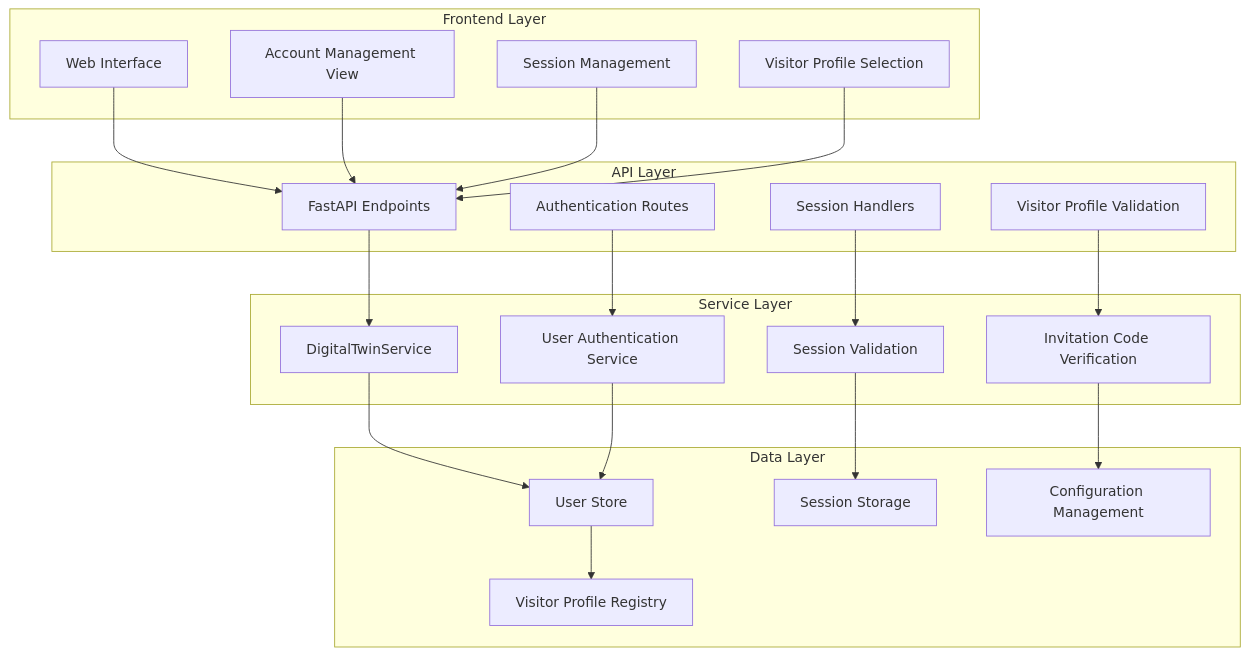
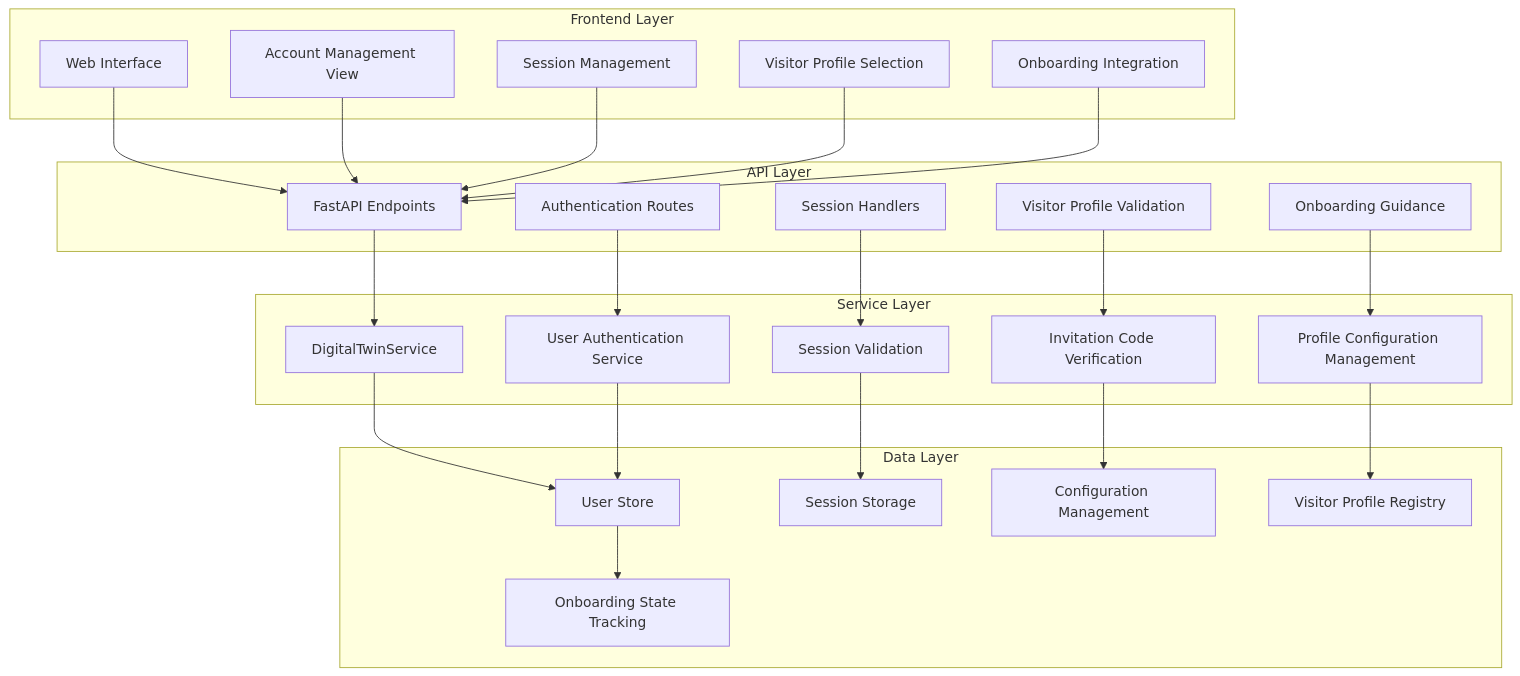
One commit to intellistream/sage-mate changed the first of 12 diagrams in .qoder/repowiki/en/content/Core Components/Integrated Account Management View.md. Above: the diagram before and after it, drawn with Mermaid. The commit also changed other lines of this file and 58 other files, not shown here.

````diff
--- a/.qoder/repowiki/en/content/Core Components/Integrated Account Management View.md
+++ b/.qoder/repowiki/en/content/Core Components/Integrated Account Management View.md
@@ -47,40 +51,47 @@
 ```mermaid
 graph TB
 subgraph "Frontend Layer"
 A[Web Interface]
 B[Account Management View]
 C[Session Management]
 D[Visitor Profile Selection]
+E[Onboarding Integration]
 end
 subgraph "API Layer"
-E[FastAPI Endpoints]
-F[Authentication Routes]
-G[Session Handlers]
-H[Visitor Profile Validation]
+F[FastAPI Endpoints]
+G[Authentication Routes]
+H[Session Handlers]
+I[Visitor Profile Validation]
+J[Onboarding Guidance]
 end
 subgraph "Service Layer"
-I[DigitalTwinService]
-J[User Authentication Service]
-K[Session Validation]
-L[Invitation Code Verification]
+K[DigitalTwinService]
+L[User Authentication Service]
+M[Session Validation]
+N[Invitation Code Verification]
+O[Profile Configuration Management]
 end
 subgraph "Data Layer"
-M[User Store]
-N[Session Storage]
-O[Configuration Management]
-P[Visitor Profile Registry]
+P[User Store]
+Q[Session Storage]
+R[Configuration Management]
+S[Visitor Profile Registry]
+T[Onboarding State Tracking]
 end
-A --> E
-B --> E
-C --> E
-D --> E
-E --> I
-F --> J
-G --> K
-H --> L
-I --> M
-J --> M
-K --> N
-L --> O
-M --> P
+A --> F
+B --> F
+C --> F
+D --> F
+E --> F
+F --> K
+G --> L
+H --> M
+I --> N
+J --> O
+K --> P
+L --> P
+M --> Q
+N --> R
+O --> S
+P --> T
 ```
````
